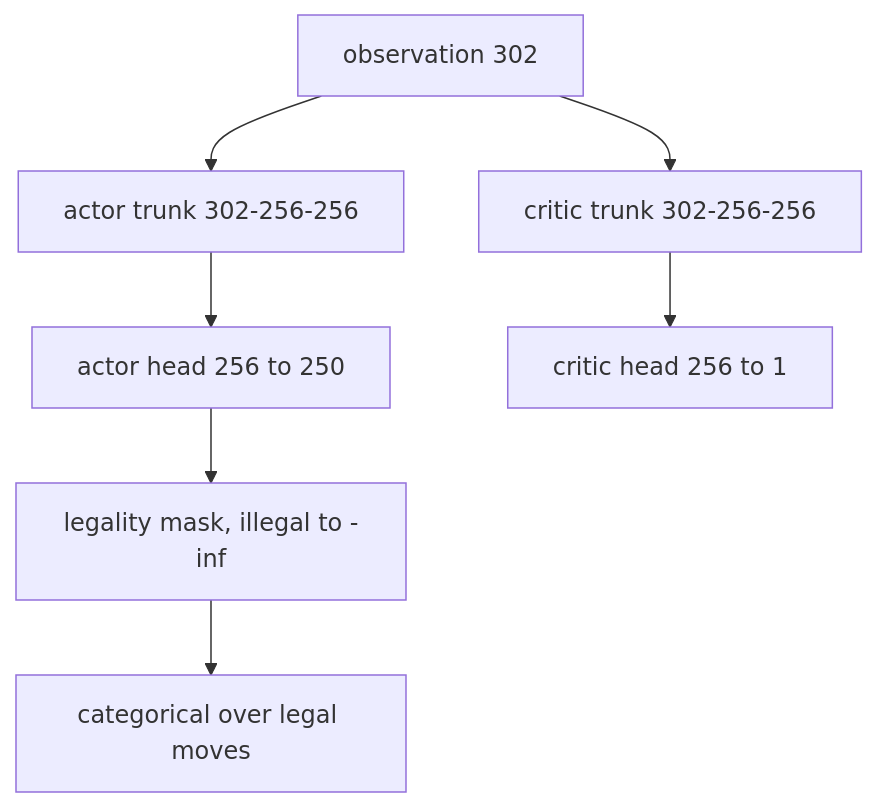
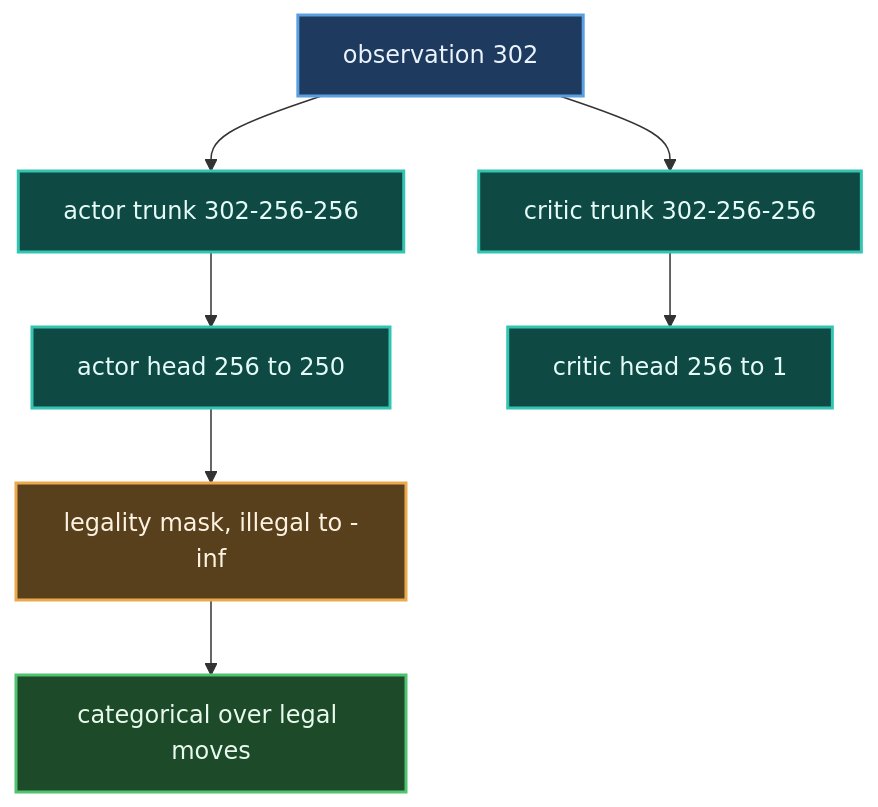
The fifth of 7 diagrams in README.md (Angle-Brackets/TTRSolver), drawn with Mermaid before and after one commit. The commit also changed other lines of this file, not shown here.

First line of the commit message:
README: current architecture, consumables, and coloured diagrams

````diff
--- a/README.md
+++ b/README.md
@@ -308,9 +425,20 @@
 ```mermaid
 flowchart TD
     O[observation 302] --> T1[actor trunk 302-256-256]
     O --> T2[critic trunk 302-256-256]
     T1 --> A[actor head 256 to 250]
     T2 --> V[critic head 256 to 1]
     A --> MK[legality mask, illegal to -inf]
     MK --> D[categorical over legal moves]
+
+    classDef pos fill:#1e3a5f,stroke:#5aa0e0,stroke-width:2px,color:#eaf3fc
+    classDef search fill:#3b2d58,stroke:#a394ee,stroke-width:2px,color:#f1ecfd
+    classDef policy fill:#0e4a43,stroke:#33c4b2,stroke-width:2px,color:#e4fbf8
+    classDef score fill:#59401d,stroke:#eaa94d,stroke-width:2px,color:#fdf2e2
+    classDef result fill:#1d4a29,stroke:#4fc36d,stroke-width:2px,color:#e8faed
+    classDef chance fill:#4a3550,stroke:#c07ad6,stroke-width:2px,color:#f9ecfc
+    class O pos
+    class T1,T2,A,V policy
+    class MK score
+    class D result
 ```
````
